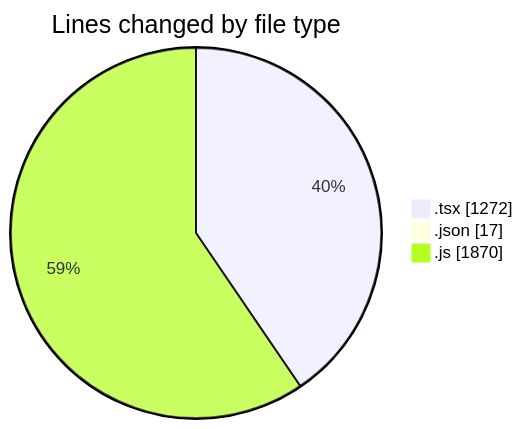
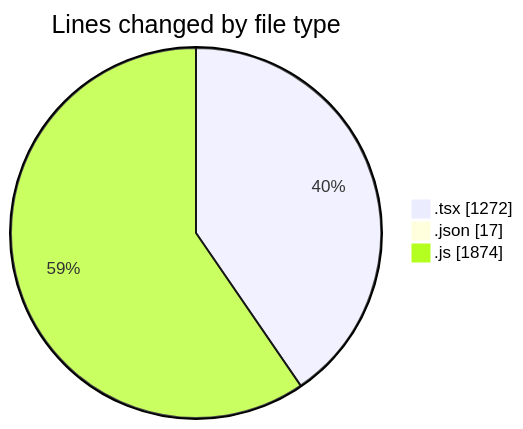
The first of 2 diagrams in 2025-04-28/cda/README.md (momahboobian/code-tracking), drawn with Mermaid before and after one commit. The commit also changed other lines of this file and 1 other file, not shown here.

````diff
--- a/2025-04-28/cda/README.md
+++ b/2025-04-28/cda/README.md
@@ -26,7 +26,7 @@
 ```mermaid
 pie showData
 title Lines changed by file type
 ".tsx" : 1272
 ".json" : 17
-".js" : 1870
+".js" : 1874
 ```
````
